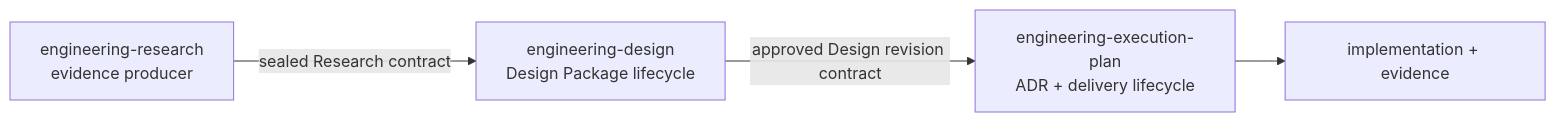
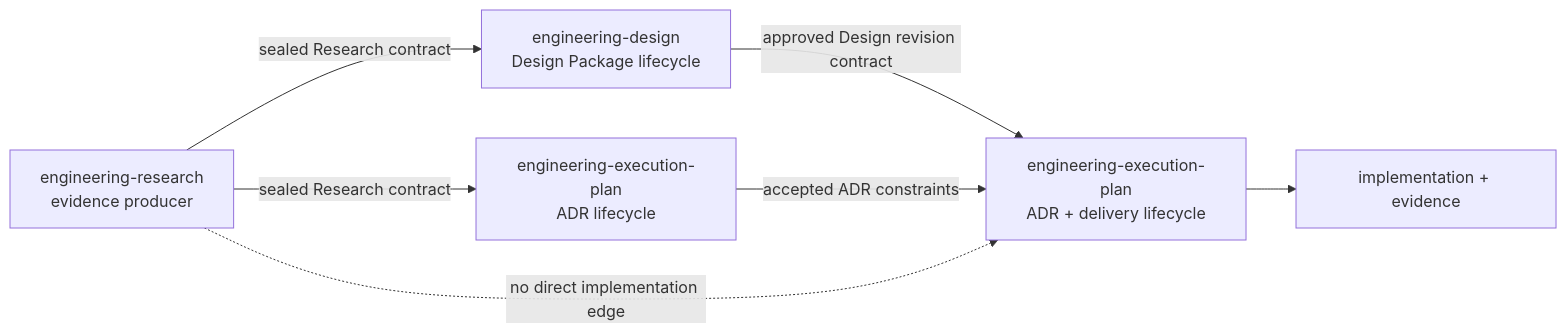
One commit to XiaoWeiKIN/RepoFoundryAI changed the second of 6 diagrams in docs/design-docs/first-class-technical-design-documents.md. Above: the diagram before and after it, drawn with Mermaid. The commit also changed other lines of this file and 34 other files, not shown here.

Commit message:
fix: enforce Research conversion before execution plans

````diff
--- a/docs/design-docs/first-class-technical-design-documents.md
+++ b/docs/design-docs/first-class-technical-design-documents.md
@@ -90,6 +96,9 @@
 ```mermaid
 flowchart LR
     R["engineering-research<br/>evidence producer"] -->|"sealed Research contract"| D["engineering-design<br/>Design Package lifecycle"]
+    R -->|"sealed Research contract"| A["engineering-execution-plan<br/>ADR lifecycle"]
     D -->|"approved Design revision contract"| E["engineering-execution-plan<br/>ADR + delivery lifecycle"]
+    A -->|"accepted ADR constraints"| E
+    R -.->|"no direct implementation edge"| E
     E --> I["implementation + evidence"]
 ```
````
